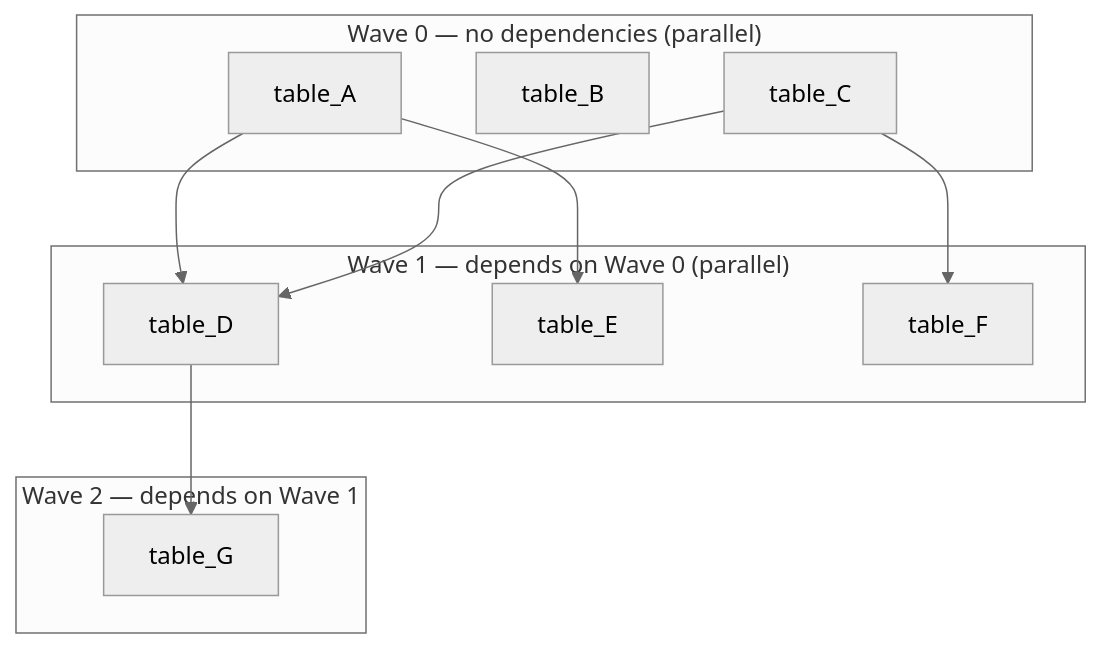
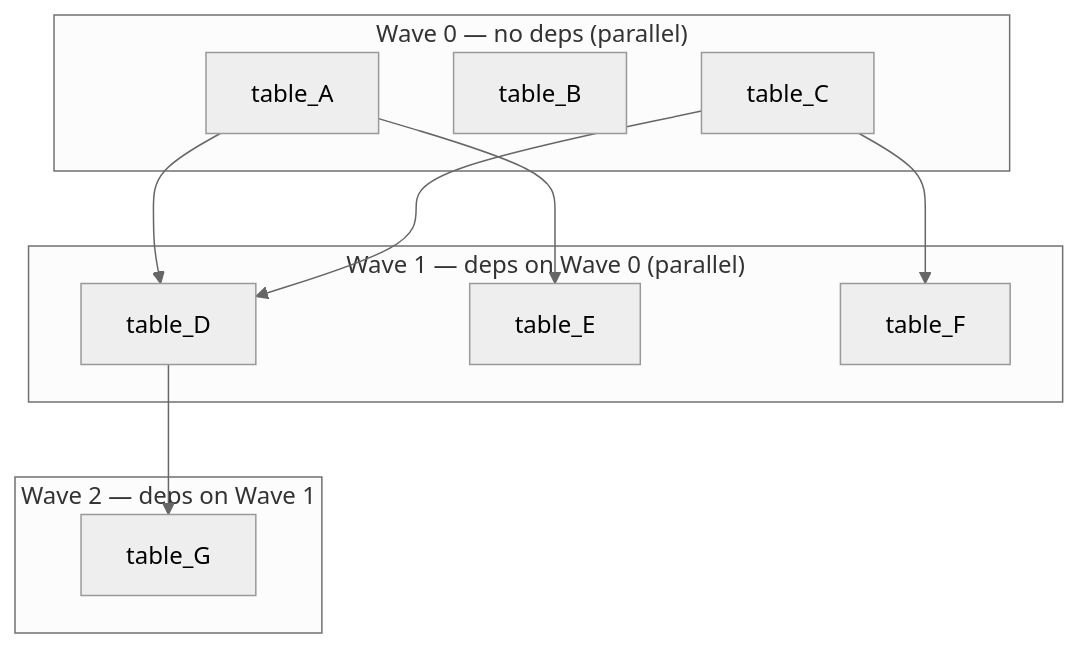
Before and after one commit to ankinguyen-engineer-2002/Fabric-v9-Warehouse-Medallion: the fifth of 7 diagrams in README.md, drawn with Mermaid (neutral theme). The commit also changed other lines of this file, not shown here.

First line of the commit message:
Update README to match final parent-child pipeline architecture

````diff
--- a/README.md
+++ b/README.md
@@ -147,24 +126,24 @@
 ```mermaid
 flowchart TD
-    subgraph W0["Wave 0 — no dependencies (parallel)"]
+    subgraph W0["Wave 0 — no deps (parallel)"]
         A["table_A"]
         B["table_B"]
         C["table_C"]
     end
 
-    subgraph W1["Wave 1 — depends on Wave 0 (parallel)"]
+    subgraph W1["Wave 1 — deps on Wave 0 (parallel)"]
         D["table_D"]
         E["table_E"]
         F["table_F"]
     end
 
-    subgraph W2["Wave 2 — depends on Wave 1"]
+    subgraph W2["Wave 2 — deps on Wave 1"]
         G["table_G"]
     end
 
     A --> D
     A --> E
     C --> D
     C --> F
     D --> G
 ```
````
